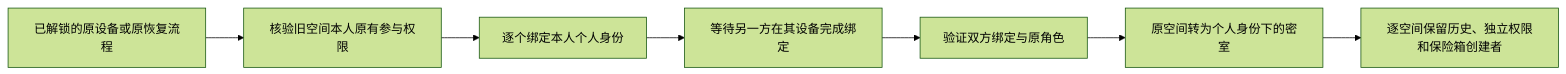
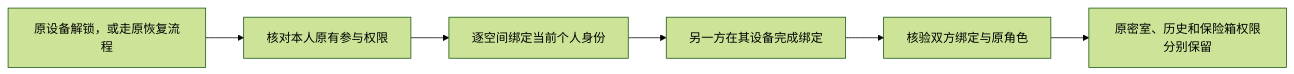
One commit to zdaiwmm/shui-IM changed the fourth of 4 diagrams in docs/requirements/2026-10-16-personal-mnemonic-friends/flow.md. Above: the diagram before and after it, drawn with Mermaid (forest theme). The commit also changed other lines of this file and 3 other files, not shown here.

````diff
--- a/docs/requirements/2026-10-16-personal-mnemonic-friends/flow.md
+++ b/docs/requirements/2026-10-16-personal-mnemonic-friends/flow.md
@@ -99,9 +98,8 @@
 ```mermaid
 flowchart LR
-  O[已解锁的原设备或原恢复流程] --> A[核验旧空间本人原有参与权限]
-  A --> B[逐个绑定本人个人身份]
-  B --> W[等待另一方在其设备完成绑定]
-  W --> V[验证双方绑定与原角色]
-  V --> R[原空间转为个人身份下的密室]
-  R --> H[逐空间保留历史、独立权限和保险箱创建者]
+  OLD[原设备解锁，或走原恢复流程] --> CHECK[核对本人原有参与权限]
+  CHECK --> BIND[逐空间绑定当前个人身份]
+  BIND --> WAIT[另一方在其设备完成绑定]
+  WAIT --> VALID[核验双方绑定与原角色]
+  VALID --> ROOM[原密室、历史和保险箱权限分别保留]
 ```
````
